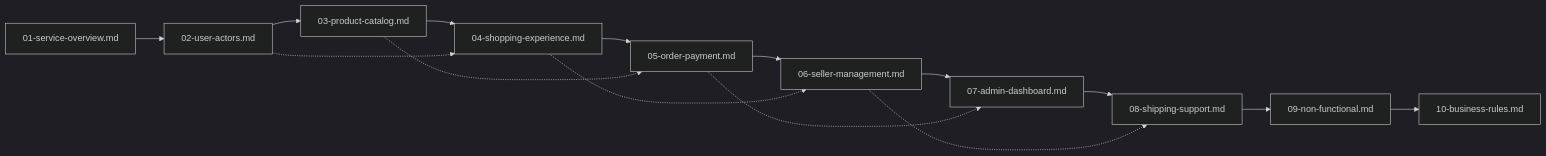
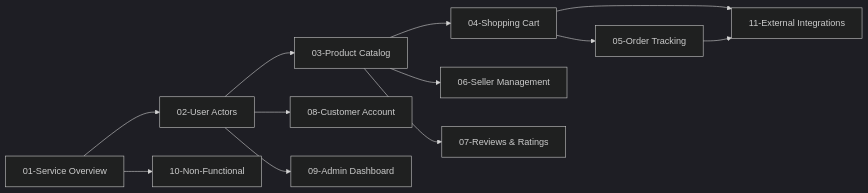
The diagram in deepseek/deepseek-v3.1-terminus-exacto/shopping/docs/analysis/00-toc.md (wrtnlabs/autobe-examples), drawn with Mermaid (dark theme) before and after one commit. The commit also changed other lines of this file and 22498 other files, not shown here.

````diff
--- a/deepseek/deepseek-v3.1-terminus-exacto/shopping/docs/analysis/00-toc.md
+++ b/deepseek/deepseek-v3.1-terminus-exacto/shopping/docs/analysis/00-toc.md
@@ -53,18 +54,14 @@
 ```mermaid
 graph LR
-    A["01-service-overview.md"] --> B["02-user-actors.md"]
-    B --> C["03-product-catalog.md"]
-    C --> D["04-shopping-experience.md"]
-    D --> E["05-order-payment.md"]
-    E --> F["06-seller-management.md"]
-    F --> G["07-admin-dashboard.md"]
-    G --> H["08-shipping-support.md"]
-    H --> I["09-non-functional.md"]
-    I --> J["10-business-rules.md"]
-    
-    B -.-> D
-    C -.-> E
-    D -.-> F
-    E -.-> G
-    F -.-> H
+    A["01-Service Overview"] --> B["02-User Actors"]
+    B --> C["03-Product Catalog"]
+    C --> D["04-Shopping Cart"]
+    D --> E["05-Order Tracking"]
+    C --> F["06-Seller Management"]
+    C --> G["07-Reviews & Ratings"]
+    B --> H["08-Customer Account"]
+    B --> I["09-Admin Dashboard"]
+    A --> J["10-Non-Functional"]
+    D --> K["11-External Integrations"]
+    E --> K
 ```
````
